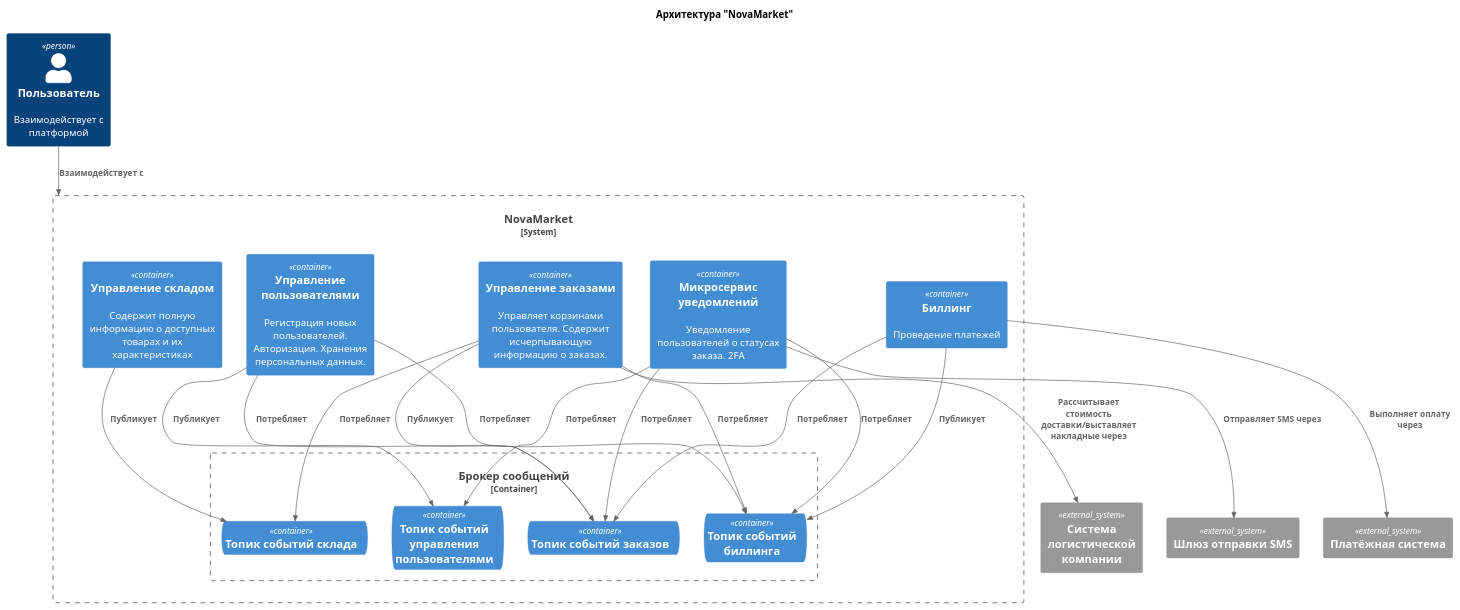
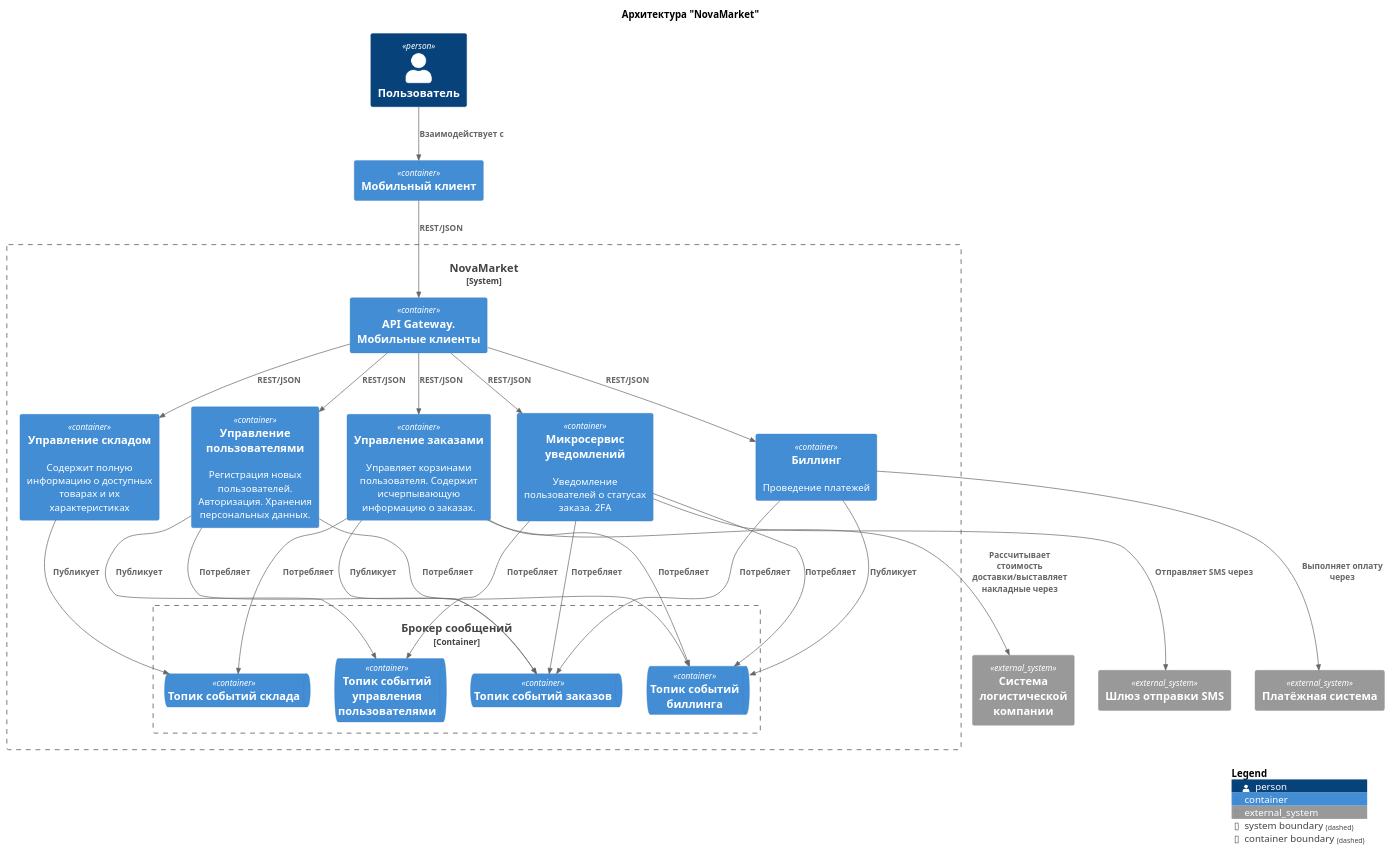
The diagram in Task1/000-c2.puml (epsilot/MSA-3-NovaMarket), drawn with PlantUML before and after one commit.

Commit message:
Task1. Fix

```diff
--- a/Task1/000-c2.puml
+++ b/Task1/000-c2.puml
@@ -1,50 +1,61 @@
 @startuml
 !include <C4/C4_Container>
-!include <C4/C4_Component>
 
 title Архитектура "NovaMarket"
 
-Person(user, "Пользователь", "Взаимодействует с платформой")
+Person(user, "Пользователь")
 
 System_Ext(sms_gateway, "Шлюз отправки SMS")
 System_Ext(payment_gateway, "Платёжная система")
 System_Ext(logistic_gateway, "Система логистической компании")
 
+Container(client_mobile, "Мобильный клиент")
+
 System_Boundary(platform, "NovaMarket") {
+
+    Container(client_mobile_api, "API Gateway. Мобильные клиенты")
 
     Container(users_manager, "Управление пользователями", "", "Регистрация новых пользователей. Авторизация. Хранения персональных данных.")
     Container(warehouse, "Управление складом", "", "Содержит полную информацию о доступных товарах и их характеристиках")
     Container(billing, "Биллинг", "", "Проведение платежей")
     Container(orders_manager, "Управление заказами", "", "Управляет корзинами пользователя. Содержит исчерпывающую информацию о заказах.")
     Container(notifications, "Микросервис уведомлений", "", "Уведомление пользователей о статусах заказа. 2FA")
 
     Container_Boundary(kafka, "Брокер сообщений") {
         ContainerQueue(warehouse_topic, "Топик событий склада")
         ContainerQueue(orders_topic, "Топик событий заказов")
         ContainerQueue(billing_topic, "Топик событий биллинга")
         ContainerQueue(users_topic, "Топик событий управления пользователями")
     }
 
     Rel(users_manager, users_topic, "Публикует")
     Rel(notifications, users_topic, "Потребляет")
 
     Rel(warehouse, warehouse_topic, "Публикует")
     Rel(orders_manager, warehouse_topic, "Потребляет")
 
     Rel(billing, billing_topic, "Публикует")
     Rel(orders_manager, billing_topic, "Потребляет")
     Rel(notifications, billing_topic, "Потребляет")
     Rel(users_manager, billing_topic, "Потребляет")
 
     Rel(orders_manager, orders_topic, "Публикует")
     Rel(billing, orders_topic, "Потребляет")
     Rel(notifications, orders_topic, "Потребляет")
     Rel(users_manager, orders_topic, "Потребляет")
+
+    Rel(client_mobile_api, users_manager, "REST/JSON")
+    Rel(client_mobile_api, warehouse, "REST/JSON")
+    Rel(client_mobile_api, orders_manager, "REST/JSON")
+    Rel(client_mobile_api, billing, "REST/JSON")
+    Rel(client_mobile_api, notifications, "REST/JSON")
 }
 
 Rel(billing, payment_gateway, "Выполняет оплату через")
 Rel(notifications, sms_gateway, "Отправляет SMS через")
 Rel(orders_manager, logistic_gateway, "Рассчитывает стоимость доставки/выставляет накладные через")
-Rel(user, platform, "Взаимодействует с")
+Rel(user, client_mobile, "Взаимодействует с")
+Rel(client_mobile, client_mobile_api, "REST/JSON")
 
+SHOW_LEGEND(false)
 @enduml
```
